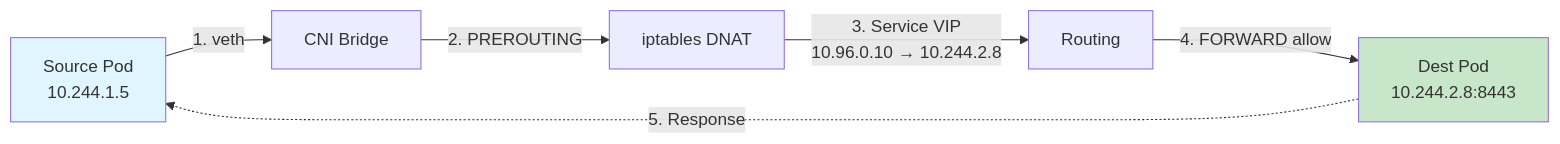
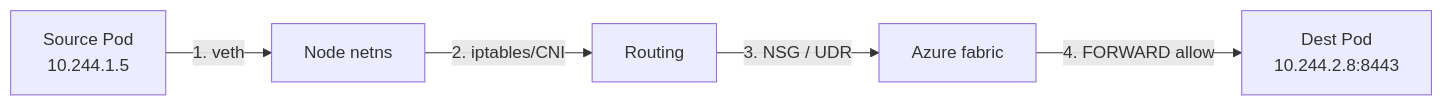
One commit to Azure/AKS-Skills changed the diagram in skills/aks-network-capture/SKILL.md. Above: the diagram before and after it, drawn with Mermaid. The commit also changed other lines of this file and 8 other files, not shown here.

````diff
--- a/skills/aks-network-capture/SKILL.md
+++ b/skills/aks-network-capture/SKILL.md
@@ -117,10 +86,7 @@
 ```mermaid
 graph LR
-    A[Source Pod<br/>10.244.1.5] -->|1. veth| B[CNI Bridge]
-    B -->|2. PREROUTING| C[iptables DNAT]
-    C -->|3. Service VIP<br/>10.96.0.10 → 10.244.2.8| D[Routing]
+    A[Source Pod<br/>10.244.1.5] -->|1. veth| B[Node netns]
+    B -->|2. iptables/CNI| C[Routing]
+    C -->|3. NSG / UDR| D[Azure fabric]
     D -->|4. FORWARD allow| E[Dest Pod<br/>10.244.2.8:8443]
-    E -.->|5. Response| A
-    style A fill:#e1f5ff
-    style E fill:#c8e6c9
 ```
````
